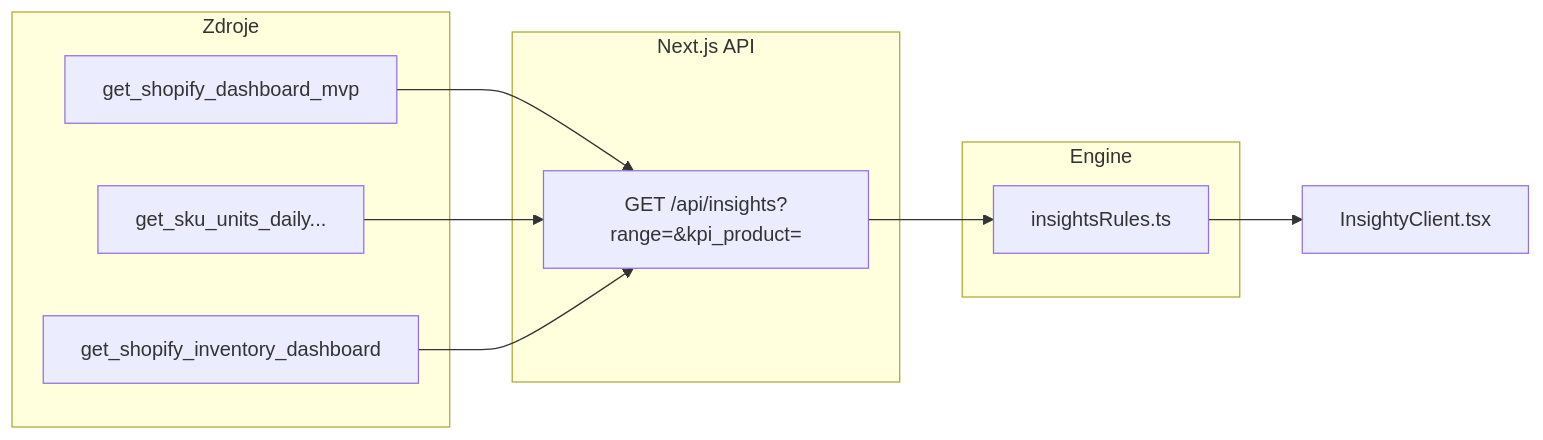
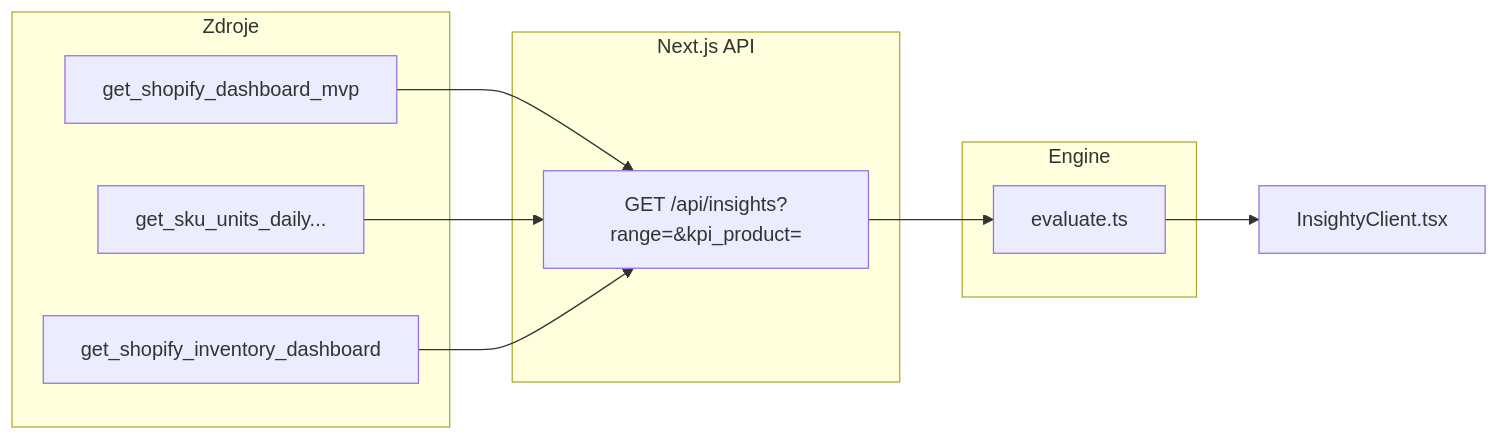
Before and after one commit to matejzoldos-sketch/mo-ja: the diagram in docs/insights-dashboard-design.md, drawn with Mermaid. The commit also changed other lines of this file and 1 other file, not shown here.

First line of the commit message:
docs: sync MO-JA README and insights design with current code

````diff
--- a/docs/insights-dashboard-design.md
+++ b/docs/insights-dashboard-design.md
@@ -43,20 +61,20 @@
 ```mermaid
 flowchart LR
   subgraph sources [Zdroje]
     RPC1[get_shopify_dashboard_mvp]
     RPC2[get_sku_units_daily...]
     RPC3[get_shopify_inventory_dashboard]
   end
   subgraph api [Next.js API]
     INS["GET /api/insights?range=&kpi_product="]
   end
   subgraph engine [Engine]
-    RULES[insightsRules.ts]
+    RULES[evaluate.ts]
   end
   UI[InsightyClient.tsx]
   RPC1 --> INS
   RPC2 --> INS
   RPC3 --> INS
   INS --> RULES
   RULES --> UI
 ```
````
